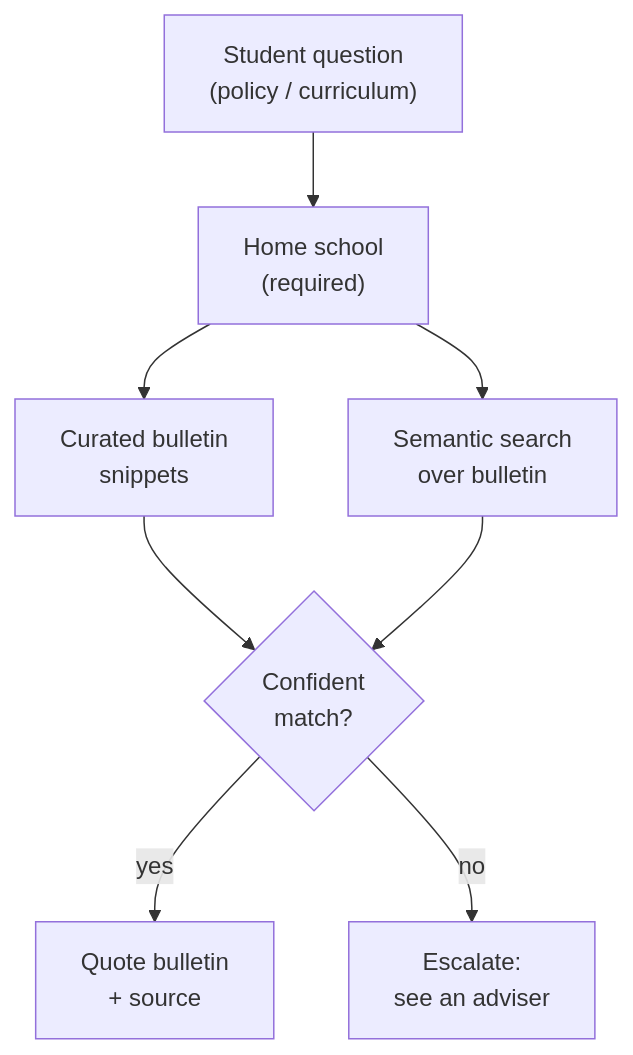
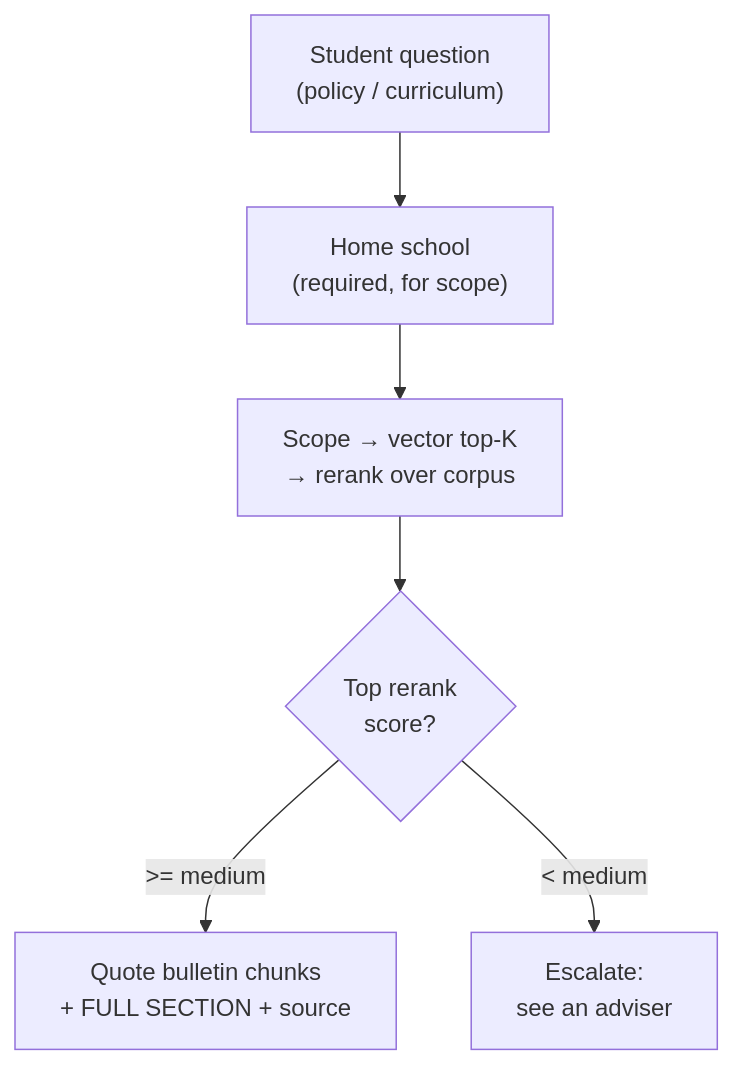
One commit to EdoardoMongardi/NYU_Path changed the first of 2 diagrams in Docs/current-system/tools/search_policy.md. Above: the diagram before and after it, drawn with Mermaid. The commit also changed other lines of this file and 73 other files, not shown here.

````diff
--- a/Docs/current-system/tools/search_policy.md
+++ b/Docs/current-system/tools/search_policy.md
@@ -19,17 +28,12 @@
 ```mermaid
 flowchart TD
     Q["Student question<br/>(policy / curriculum)"]
-    HS["Home school<br/>(required)"]
-    CT["Curated bulletin<br/>snippets"]
-    RAG["Semantic search<br/>over bulletin"]
-    CONF{"Confident<br/>match?"}
-    A["Quote bulletin<br/>+ source"]
+    HS["Home school<br/>(required, for scope)"]
+    RAG["Scope → vector top-K<br/>→ rerank over corpus"]
+    CONF{"Top rerank<br/>score?"}
+    A["Quote bulletin chunks<br/>+ FULL SECTION + source"]
     E["Escalate:<br/>see an adviser"]
-    Q --> HS
-    HS --> CT
-    HS --> RAG
-    CT --> CONF
-    RAG --> CONF
-    CONF -- yes --> A
-    CONF -- no --> E
+    Q --> HS --> RAG --> CONF
+    CONF -- ">= medium" --> A
+    CONF -- "< medium" --> E
 ```
````
